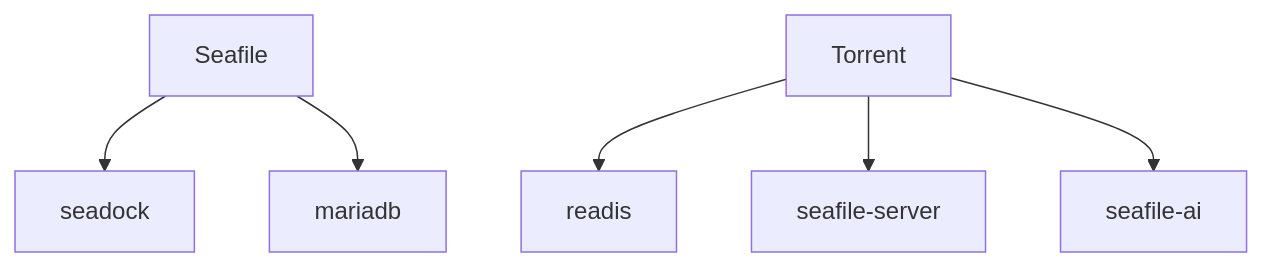
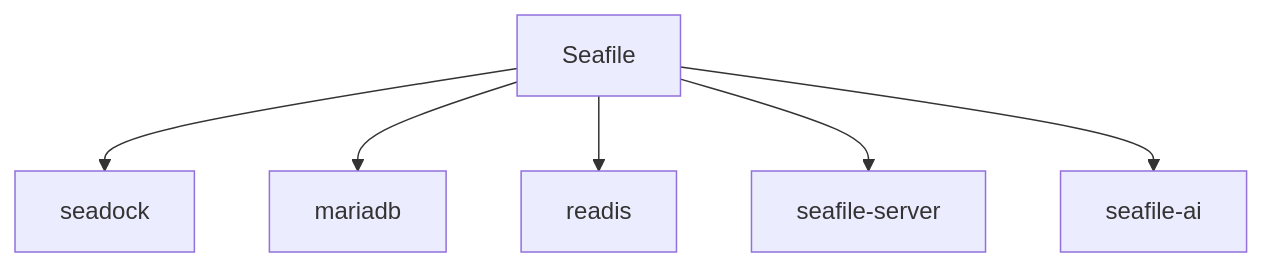
Before and after one commit to BenceGyurus/Homelab: the diagram in diagrams/seafile.mmd, drawn with Mermaid.

Commit message:
seafile in mmd

```diff
--- a/diagrams/seafile.mmd
+++ b/diagrams/seafile.mmd
@@ -1,6 +1,6 @@
 graph TD
 Seafile-->seadock;
 Seafile-->mariadb;
-Torrent-->readis;
-Torrent-->seafile-server;
-Torrent-->seafile-ai;
+Seafile-->readis;
+Seafile-->seafile-server;
+Seafile-->seafile-ai;
```
